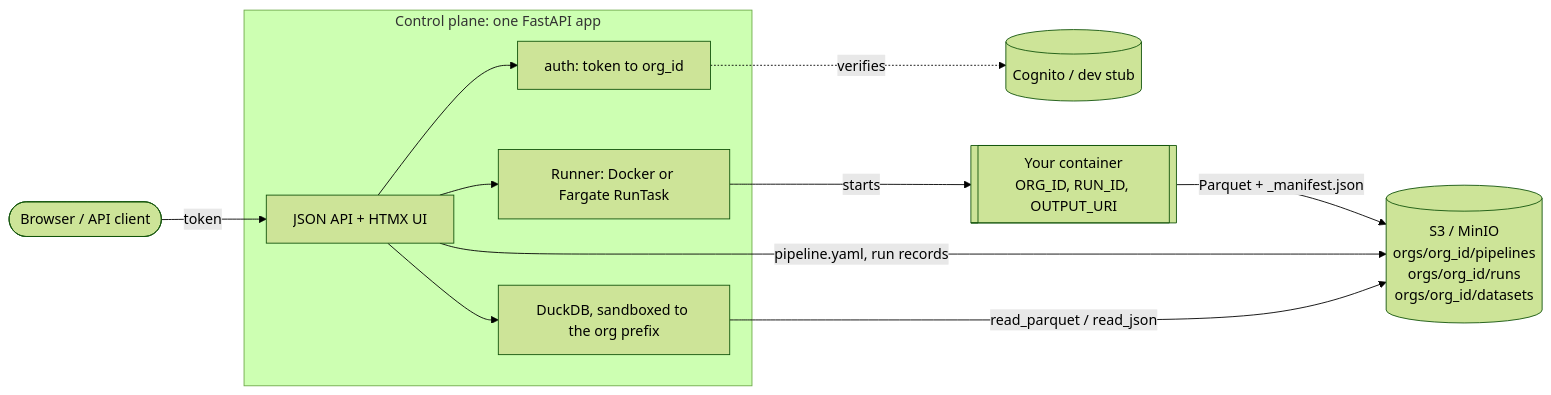
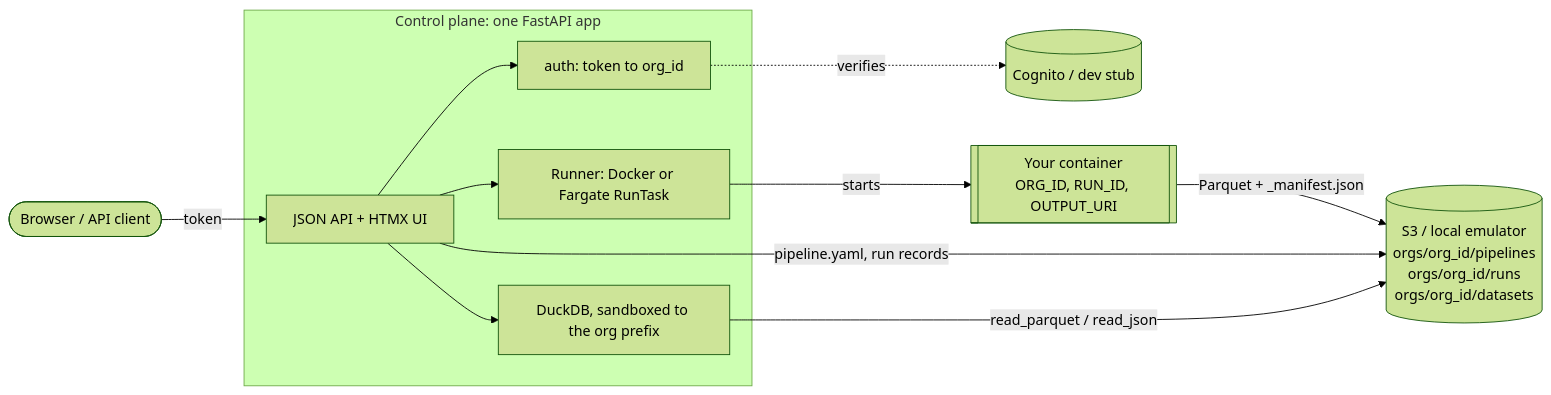
One commit to hungovercoders/pipeyard changed the diagram in README.md. Above: the diagram before and after it, drawn with Mermaid (forest theme). The commit also changed other lines of this file and 8 other files, not shown here.

First line of the commit message:
refactor: use an AWS emulator (moto server) for local S3 instead of MinIO

````diff
--- a/README.md
+++ b/README.md
@@ -13,20 +13,20 @@
 ```mermaid
 flowchart LR
     user([Browser / API client])
     subgraph cp[Control plane: one FastAPI app]
         api[JSON API + HTMX UI]
         auth[auth: token to org_id]
         query[DuckDB, sandboxed to the org prefix]
         runner[Runner: Docker or Fargate RunTask]
     end
     idp[(Cognito / dev stub)]
     task[[Your container<br/>ORG_ID, RUN_ID, OUTPUT_URI]]
-    s3[(S3 / MinIO<br/>orgs/org_id/pipelines<br/>orgs/org_id/runs<br/>orgs/org_id/datasets)]
+    s3[(S3 / local emulator<br/>orgs/org_id/pipelines<br/>orgs/org_id/runs<br/>orgs/org_id/datasets)]
 
     user -- token --> api
     api --> auth -. verifies .-> idp
     api --> runner -- starts --> task
     task -- "Parquet + _manifest.json" --> s3
     api -- "pipeline.yaml, run records" --> s3
     api --> query -- "read_parquet / read_json" --> s3
 ```
````
